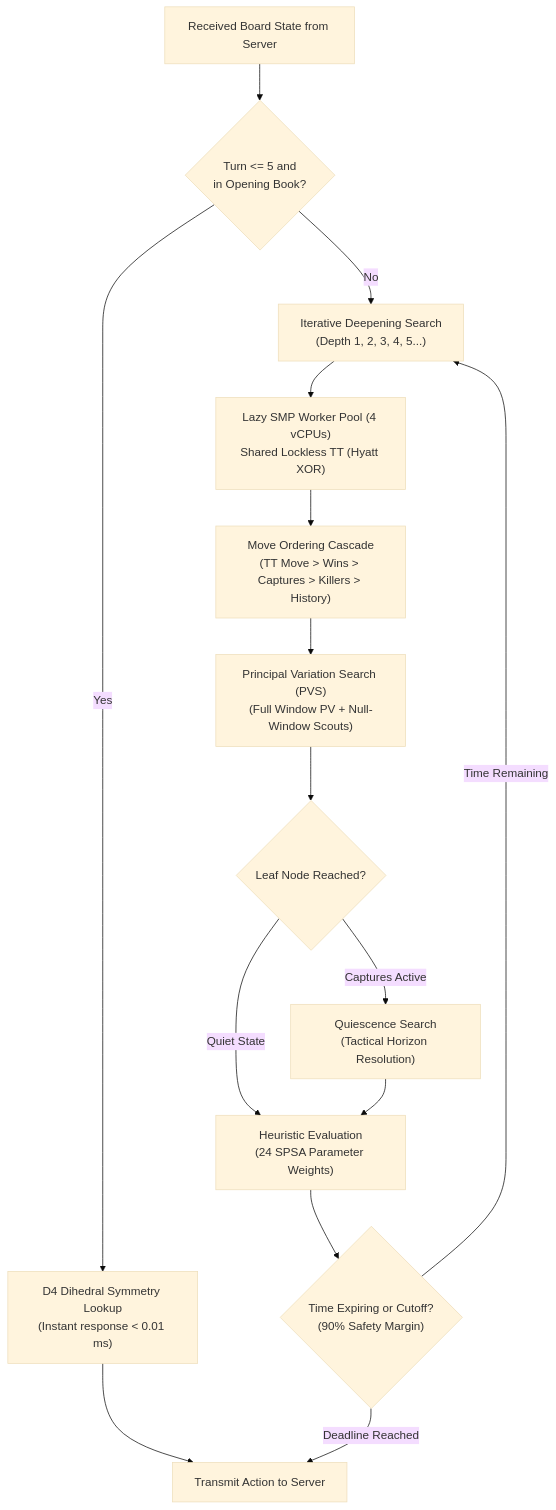
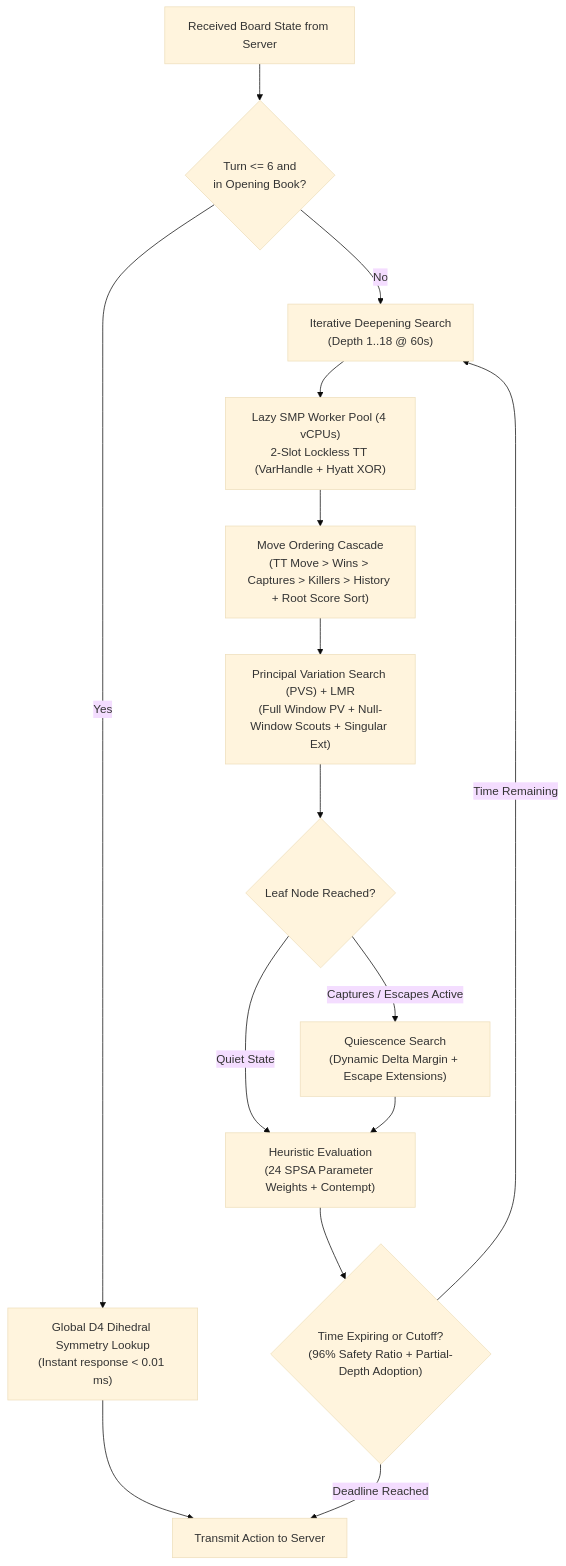
One commit to MercuryDCD/Tablut-FundamentalsAIMASTER changed the diagram in README.md. Above: the diagram before and after it, drawn with Mermaid (base theme). The commit also changed other lines of this file and 28 other files, not shown here.

First line of the commit message:
feat(release): Phase 17 final pre-submission freeze, Depth-5/6 SPSA weights, and White tactical hardening

````diff
--- a/README.md
+++ b/README.md
@@ -65,23 +52,23 @@
 ```mermaid
 flowchart TD
-    State["Received Board State from Server"] --> BookCheck{"Turn <= 5 and<br/>in Opening Book?"}
+    State["Received Board State from Server"] --> BookCheck{"Turn <= 6 and<br/>in Opening Book?"}
     
-    BookCheck -- "Yes" --> BookLookup["D4 Dihedral Symmetry Lookup<br/>(Instant response < 0.01 ms)"]
+    BookCheck -- "Yes" --> BookLookup["Global D4 Dihedral Symmetry Lookup<br/>(Instant response < 0.01 ms)"]
     BookLookup --> SendMove["Transmit Action to Server"]
     
-    BookCheck -- "No" --> IDS["Iterative Deepening Search<br/>(Depth 1, 2, 3, 4, 5...)"]
+    BookCheck -- "No" --> IDS["Iterative Deepening Search<br/>(Depth 1..18 @ 60s)"]
     
-    IDS --> SMP["Lazy SMP Worker Pool (4 vCPUs)<br/>Shared Lockless TT (Hyatt XOR)"]
-    SMP --> MoveOrder["Move Ordering Cascade<br/>(TT Move > Wins > Captures > Killers > History)"]
-    MoveOrder --> PVS["Principal Variation Search (PVS)<br/>(Full Window PV + Null-Window Scouts)"]
+    IDS --> SMP["Lazy SMP Worker Pool (4 vCPUs)<br/>2-Slot Lockless TT (VarHandle + Hyatt XOR)"]
+    SMP --> MoveOrder["Move Ordering Cascade<br/>(TT Move > Wins > Captures > Killers > History + Root Score Sort)"]
+    MoveOrder --> PVS["Principal Variation Search (PVS) + LMR<br/>(Full Window PV + Null-Window Scouts + Singular Ext)"]
     
     PVS --> LeafCheck{"Leaf Node Reached?"}
-    LeafCheck -- "Captures Active" --> Quiescence["Quiescence Search<br/>(Tactical Horizon Resolution)"]
-    LeafCheck -- "Quiet State" --> Eval["Heuristic Evaluation<br/>(24 SPSA Parameter Weights)"]
+    LeafCheck -- "Captures / Escapes Active" --> Quiescence["Quiescence Search<br/>(Dynamic Delta Margin + Escape Extensions)"]
+    LeafCheck -- "Quiet State" --> Eval["Heuristic Evaluation<br/>(24 SPSA Parameter Weights + Contempt)"]
     
     Quiescence --> Eval
-    Eval --> TimeCheck{"Time Expiring or Cutoff?<br/>(90% Safety Margin)"}
+    Eval --> TimeCheck{"Time Expiring or Cutoff?<br/>(96% Safety Ratio + Partial-Depth Adoption)"}
     
     TimeCheck -- "Time Remaining" --> IDS
     TimeCheck -- "Deadline Reached" --> SendMove
 ```
````
